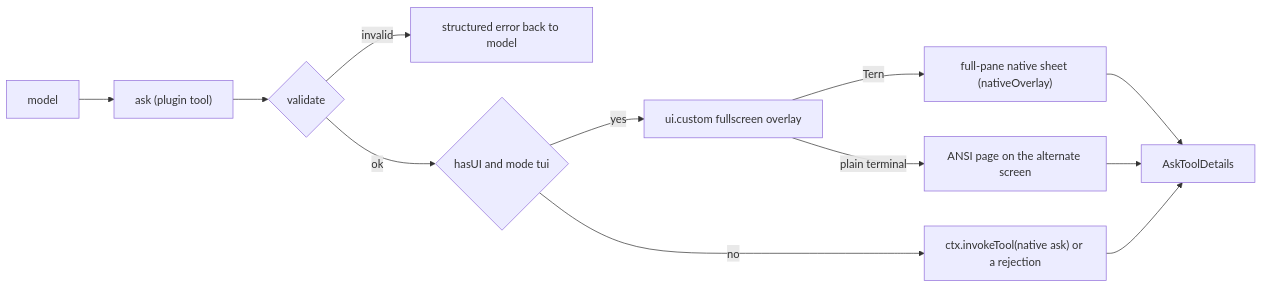
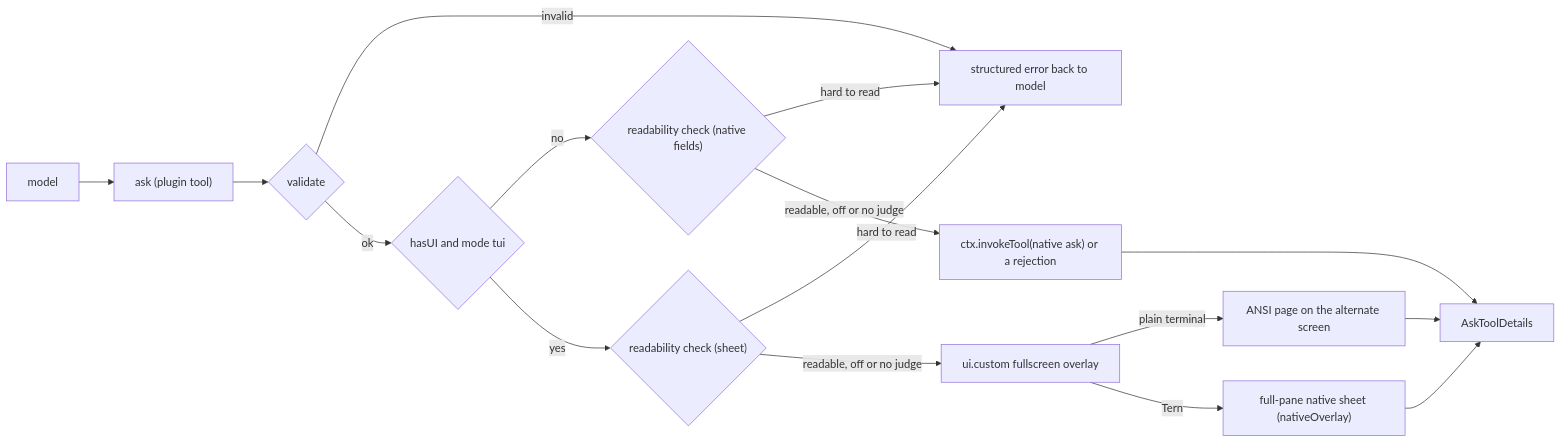
The first of 2 diagrams in docs/design.md (oh-my-omp/omp-ask-more), drawn with Mermaid before and after one commit. The commit also changed other lines of this file and 5 other files, not shown here.

First line of the commit message:
docs: readability check, @omp-ask-more role, eval and runtime evidence

````diff
--- a/docs/design.md
+++ b/docs/design.md
@@ -16,14 +16,18 @@
 ```mermaid
 flowchart LR
   m[model] --> t["ask (plugin tool)"]
   t --> v{validate}
   v -- invalid --> e[structured error back to model]
   v -- ok --> u{"hasUI and mode tui"}
-  u -- "no" --> n["ctx.invokeTool(native ask) or a rejection"]
-  u -- "yes" --> o["ui.custom fullscreen overlay"]
+  u -- "no" --> rn{"readability check (native fields)"}
+  u -- "yes" --> rs{"readability check (sheet)"}
+  rn -- "hard to read" --> e
+  rs -- "hard to read" --> e
+  rn -- "readable, off or no judge" --> n["ctx.invokeTool(native ask) or a rejection"]
+  rs -- "readable, off or no judge" --> o["ui.custom fullscreen overlay"]
   o -- "plain terminal" --> c["ANSI page on the alternate screen"]
   o -- "Tern" --> p["full-pane native sheet (nativeOverlay)"]
   p --> a[AskToolDetails]
   c --> a
   n --> a
 ```
````
